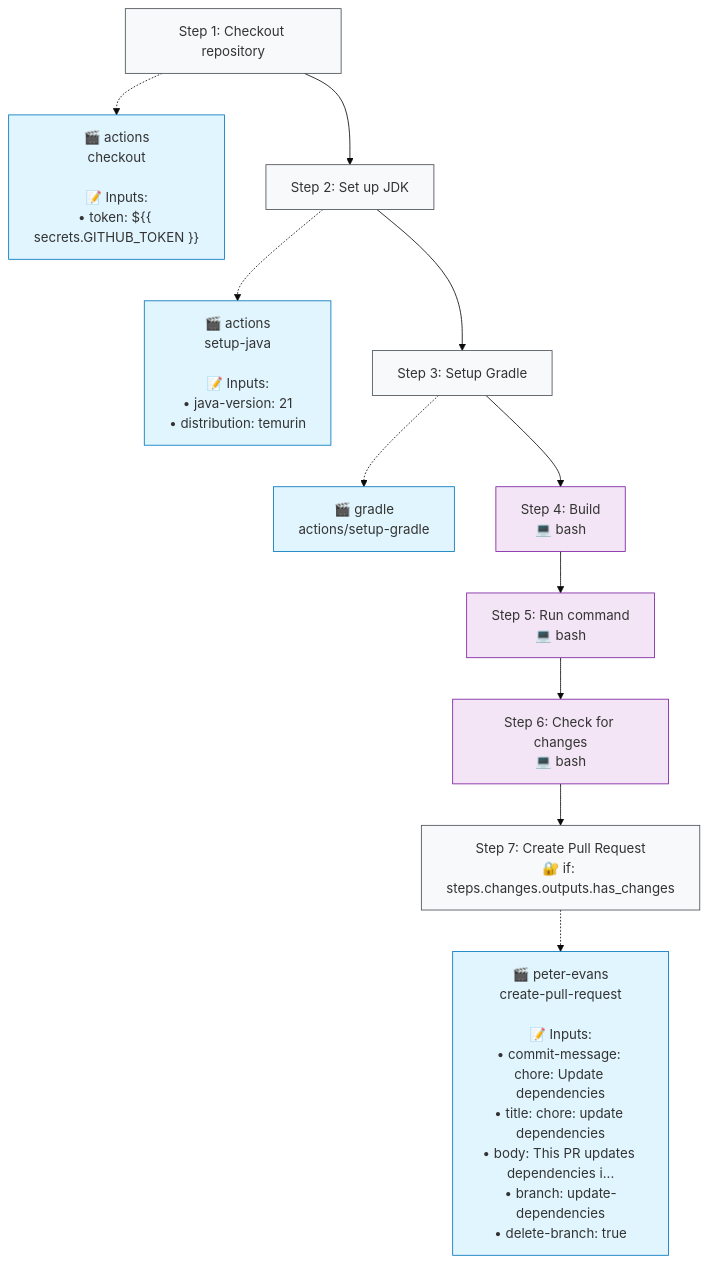
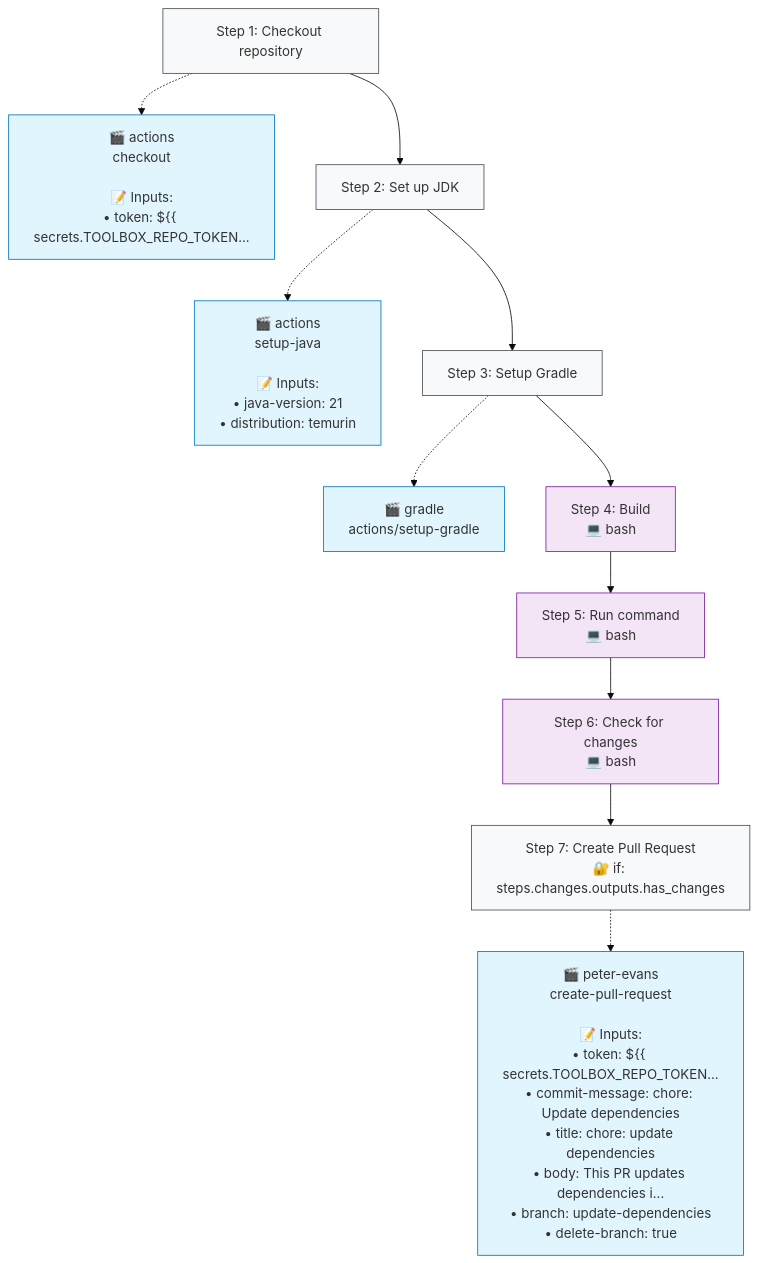
The second of 2 diagrams in .github/typeflows/update-dependencies/README.md (http4k/www), drawn with Mermaid (base theme) before and after one commit. The commit also changed other lines of this file and 9 other files, not shown here.

````diff
--- a/.github/typeflows/update-dependencies/README.md
+++ b/.github/typeflows/update-dependencies/README.md
@@ -23,36 +24,36 @@
 ```mermaid
 %%{init: {"flowchart": {"curve": "basis"}}}%%
 flowchart TD
     step1["Step 1: Checkout repository"]
     style step1 fill:#f8f9fa,stroke:#495057
-    action1["🎬 actions<br/>checkout<br/><br/>📝 Inputs:<br/>• token: ${{ secrets.GITHUB_TOKEN }}"]
+    action1["🎬 actions<br/>checkout<br/><br/>📝 Inputs:<br/>• token: ${{ secrets.TOOLBOX_REPO_TOKEN..."]
     style action1 fill:#e1f5fe,stroke:#0277bd
     step1 -.-> action1
     step2["Step 2: Set up JDK"]
     style step2 fill:#f8f9fa,stroke:#495057
     action2["🎬 actions<br/>setup-java<br/><br/>📝 Inputs:<br/>• java-version: 21<br/>• distribution: temurin"]
     style action2 fill:#e1f5fe,stroke:#0277bd
     step2 -.-> action2
     step1 --> step2
     step3["Step 3: Setup Gradle"]
     style step3 fill:#f8f9fa,stroke:#495057
     action3["🎬 gradle<br/>actions/setup-gradle"]
     style action3 fill:#e1f5fe,stroke:#0277bd
     step3 -.-> action3
     step2 --> step3
     step4["Step 4: Build<br/>💻 bash"]
     style step4 fill:#f3e5f5,stroke:#7b1fa2
     step3 --> step4
     step5["Step 5: Run command<br/>💻 bash"]
     style step5 fill:#f3e5f5,stroke:#7b1fa2
     step4 --> step5
     step6["Step 6: Check for changes<br/>💻 bash"]
     style step6 fill:#f3e5f5,stroke:#7b1fa2
     step5 --> step6
     step7["Step 7: Create Pull Request<br/>🔐 if: steps.changes.outputs.has_changes"]
     style step7 fill:#f8f9fa,stroke:#495057
-    action7["🎬 peter-evans<br/>create-pull-request<br/><br/>📝 Inputs:<br/>• commit-message: chore: Update dependencies<br/>• title: chore: update dependencies<br/>• body: This PR updates dependencies i...<br/>• branch: update-dependencies<br/>• delete-branch: true"]
+    action7["🎬 peter-evans<br/>create-pull-request<br/><br/>📝 Inputs:<br/>• token: ${{ secrets.TOOLBOX_REPO_TOKEN...<br/>• commit-message: chore: Update dependencies<br/>• title: chore: update dependencies<br/>• body: This PR updates dependencies i...<br/>• branch: update-dependencies<br/>• delete-branch: true"]
     style action7 fill:#e1f5fe,stroke:#0277bd
     step7 -.-> action7
     step6 --> step7
 ```
````
